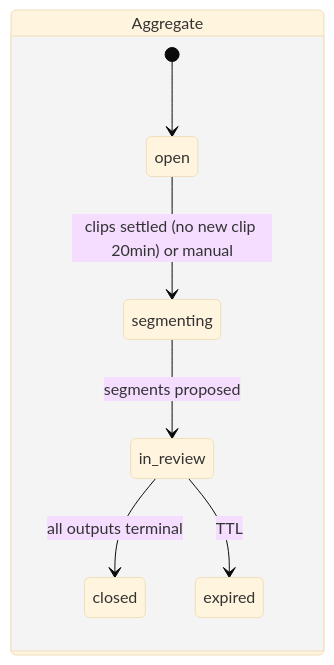
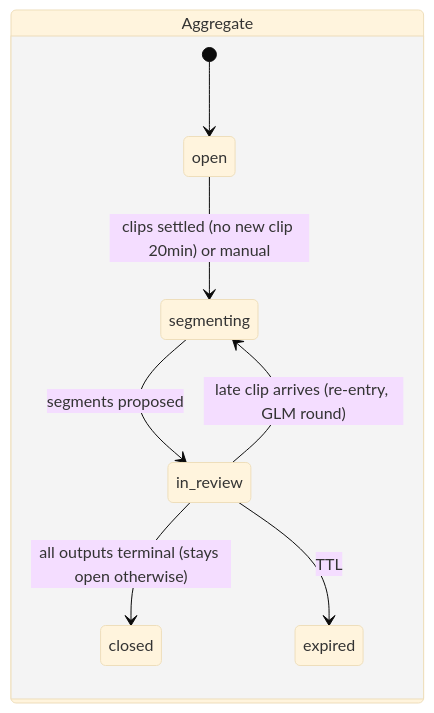
One commit to SeanSwan/-SS-PT-New changed the fourth of 7 diagrams in docs/ai-workflow/AI-HANDOFF/PLAUD-AUTO-INGEST-REBUILD-BLUEPRINT-V2-2026-09-01.md. Above: the diagram before and after it, drawn with Mermaid (base theme). The commit also changed other lines of this file and 3 other files, not shown here.

First line of the commit message:
docs(plaud): v2 blueprint amended from GLM 5.3 + Flash hostile round — 20/20 adopted

````diff
--- a/docs/ai-workflow/AI-HANDOFF/PLAUD-AUTO-INGEST-REBUILD-BLUEPRINT-V2-2026-09-01.md
+++ b/docs/ai-workflow/AI-HANDOFF/PLAUD-AUTO-INGEST-REBUILD-BLUEPRINT-V2-2026-09-01.md
@@ -263,11 +282,12 @@
 ```mermaid
 stateDiagram-v2
     direction LR
     state "Aggregate" as A {
         [*] --> open
         open --> segmenting: clips settled (no new clip 20min) or manual
         segmenting --> in_review: segments proposed
-        in_review --> closed: all outputs terminal
+        in_review --> segmenting: late clip arrives (re-entry, GLM round)
+        in_review --> closed: all outputs terminal (stays open otherwise)
         in_review --> expired: TTL
     }
 ```
````
